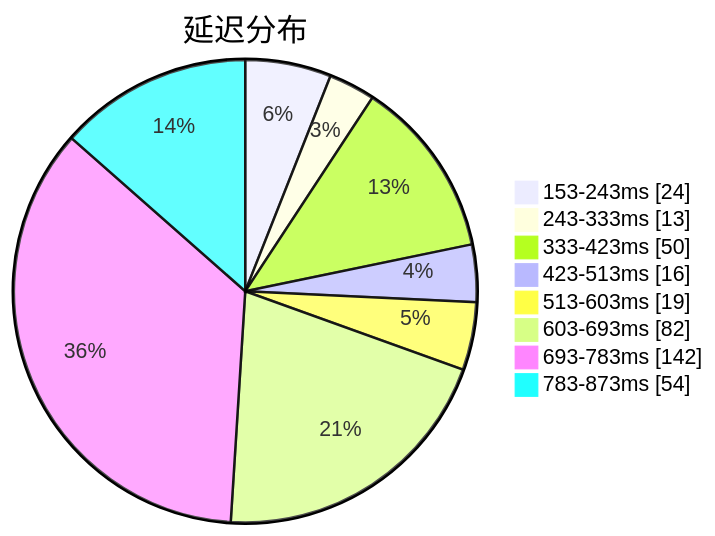
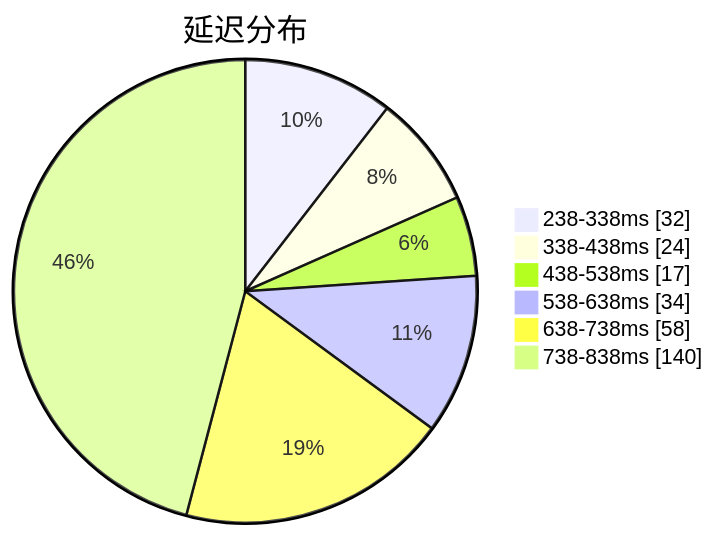
Before and after one commit to qjlxg/airport: the first of 3 diagrams in subs/statistics/tested_within.md, drawn with Mermaid. The commit also changed other lines of this file and 2 other files, not shown here.

````diff
--- a/subs/statistics/tested_within.md
+++ b/subs/statistics/tested_within.md
@@ -2,12 +2,10 @@
 ```mermaid
 pie showData
 title 延迟分布
-"153-243ms" : 24
-"243-333ms" : 13
-"333-423ms" : 50
-"423-513ms" : 16
-"513-603ms" : 19
-"603-693ms" : 82
-"693-783ms" : 142
-"783-873ms" : 54
+"238-338ms" : 32
+"338-438ms" : 24
+"438-538ms" : 17
+"538-638ms" : 34
+"638-738ms" : 58
+"738-838ms" : 140
 ```
````
